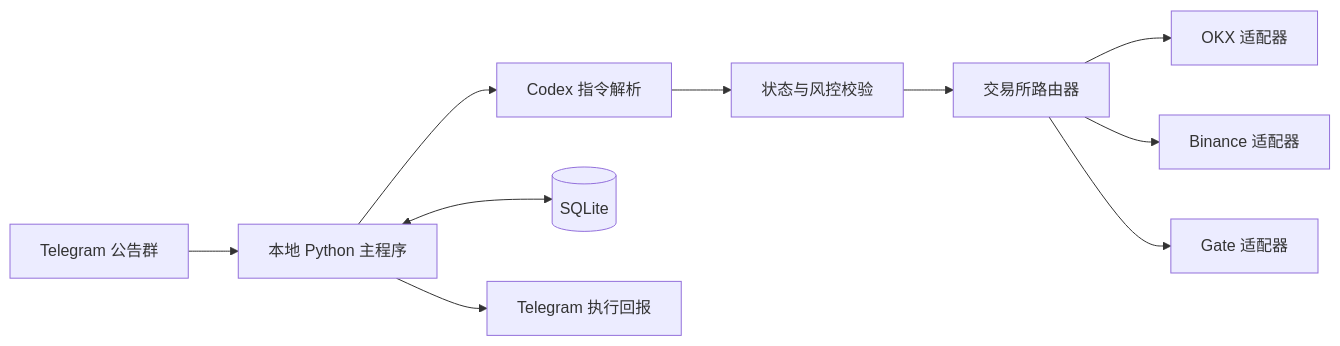
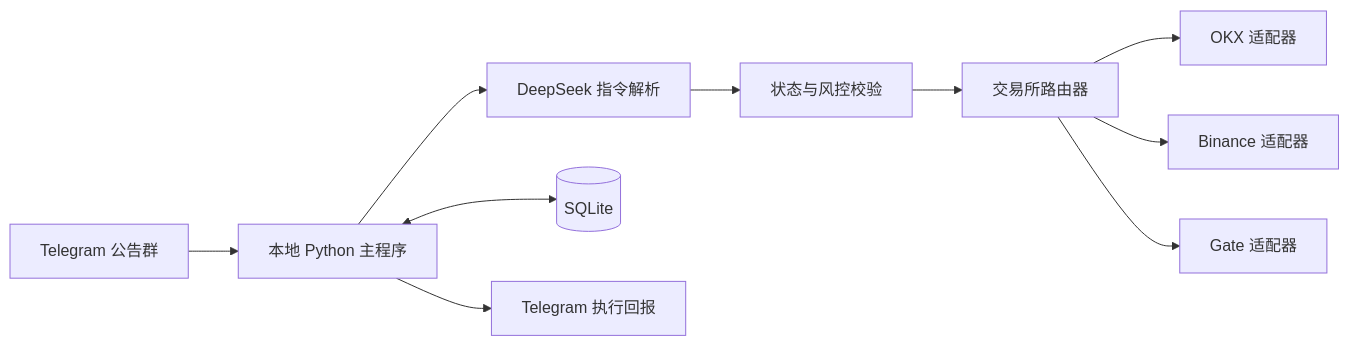
Before and after one commit to wubbababa/CryptoTrade: the first of 4 diagrams in CryptoTrade.md, drawn with Mermaid. The commit also changed other lines of this file and 9 other files, not shown here.

````diff
--- a/CryptoTrade.md
+++ b/CryptoTrade.md
@@ -17,12 +17,12 @@
 ```mermaid
 flowchart LR
     TG["Telegram 公告群"] --> APP["本地 Python 主程序"]
-    APP --> CODEX["Codex 指令解析"]
-    CODEX --> CHECK["状态与风控校验"]
+    APP --> DEEPSEEK["DeepSeek 指令解析"]
+    DEEPSEEK --> CHECK["状态与风控校验"]
     CHECK --> ROUTER["交易所路由器"]
     ROUTER --> OKX["OKX 适配器"]
     ROUTER --> BN["Binance 适配器"]
     ROUTER --> GT["Gate 适配器"]
     APP <--> DB[("SQLite")]
     APP --> NOTICE["Telegram 执行回报"]
 ```
````
